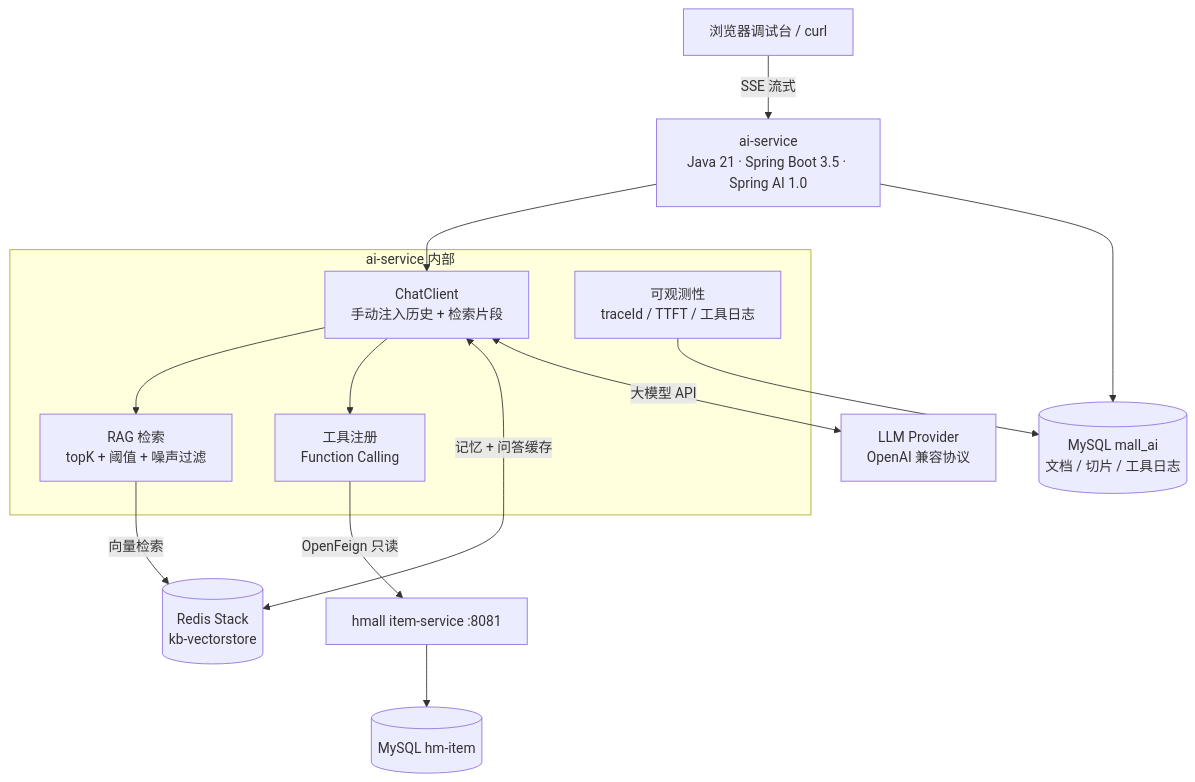
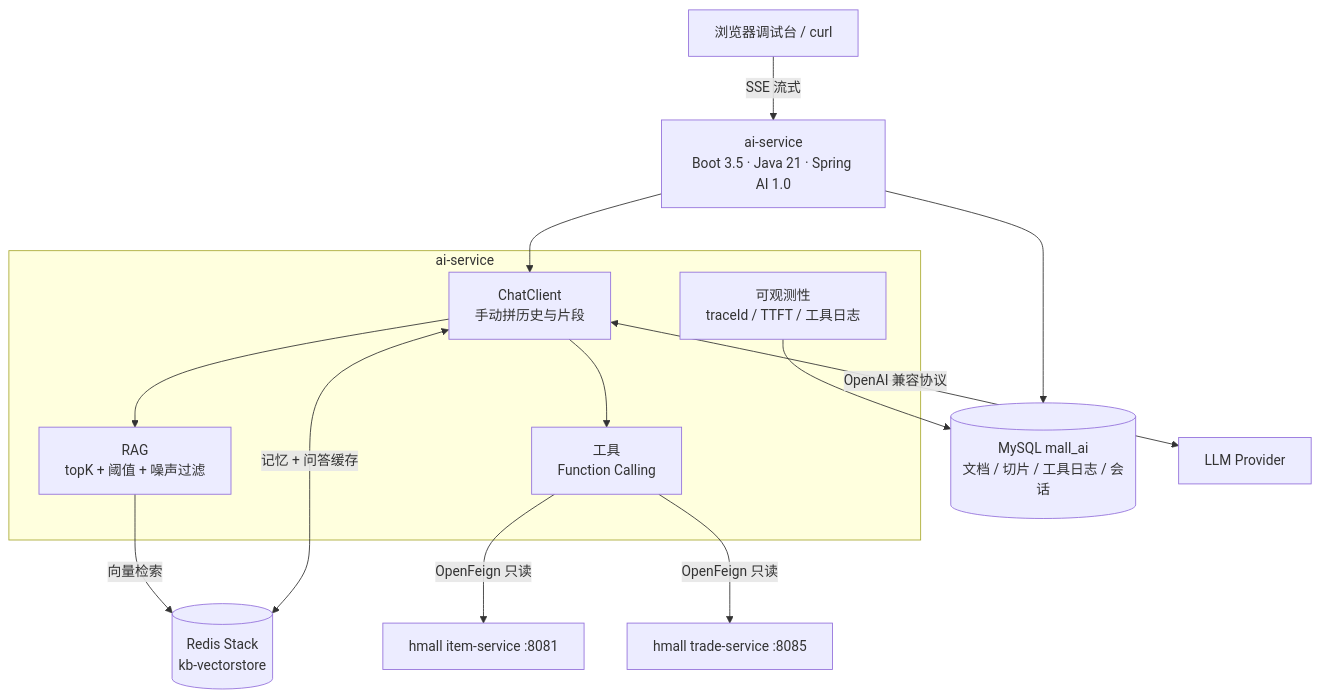
Before and after one commit to aHuaiUU/mall-ai-assistant: the diagram in README.md, drawn with Mermaid. The commit also changed other lines of this file and 1 other file, not shown here.

````diff
--- a/README.md
+++ b/README.md
@@ -25,22 +22,20 @@
 ```mermaid
 flowchart TB
-    U["浏览器调试台 / curl"] -->|"SSE 流式"| AI["ai-service<br/>Java 21 · Spring Boot 3.5 · Spring AI 1.0"]
-
-    subgraph SVC["ai-service 内部"]
-        CC["ChatClient<br/>手动注入历史 + 检索片段"]
-        RAG["RAG 检索<br/>topK + 阈值 + 噪声过滤"]
-        TOOL["工具注册<br/>Function Calling"]
+    U["浏览器调试台 / curl"] -->|"SSE 流式"| AI["ai-service<br/>Boot 3.5 · Java 21 · Spring AI 1.0"]
+    subgraph SVC["ai-service"]
+        CC["ChatClient<br/>手动拼历史与片段"]
+        RAG["RAG<br/>topK + 阈值 + 噪声过滤"]
+        TOOL["工具<br/>Function Calling"]
         OBS["可观测性<br/>traceId / TTFT / 工具日志"]
     end
-
     AI --> CC
     CC --> RAG
     CC --> TOOL
     RAG -->|"向量检索"| RVS[("Redis Stack<br/>kb-vectorstore")]
     CC <-->|"记忆 + 问答缓存"| RVS
     TOOL -->|"OpenFeign 只读"| ITEM["hmall item-service :8081"]
-    ITEM --> DB[("MySQL hm-item")]
-    AI --> MYSQL[("MySQL mall_ai<br/>文档 / 切片 / 工具日志")]
-    CC <-->|"大模型 API"| LLM["LLM Provider<br/>OpenAI 兼容协议"]
-    OBS --> MYSQL
+    TOOL -->|"OpenFeign 只读"| TRADE["hmall trade-service :8085"]
+    OBS --> MYSQL[("MySQL mall_ai<br/>文档 / 切片 / 工具日志 / 会话")]
+    AI --> MYSQL
+    CC <-->|"OpenAI 兼容协议"| LLM["LLM Provider"]
 ```
````
